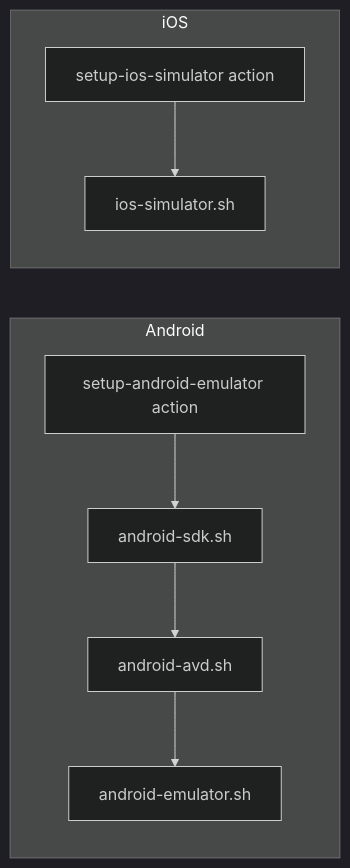
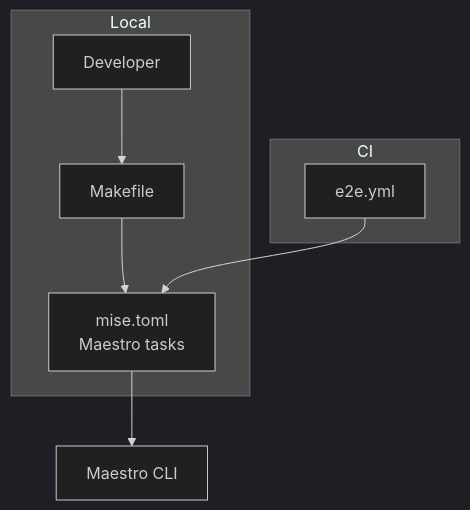
The second of 6 diagrams in docs/ARCHITECTURE.md (gkzz/maestro-playground), drawn with Mermaid (dark theme) before and after one commit. The commit also changed other lines of this file and 4 other files, not shown here.

Commit message:
docs: document local setup wrappers

````diff
--- a/docs/ARCHITECTURE.md
+++ b/docs/ARCHITECTURE.md
@@ -36,18 +53,18 @@
 ```mermaid
-flowchart LR
-  subgraph Android
-    androidAction[setup-android-emulator action]
-    androidSdk[android-sdk.sh]
-    androidAvd[android-avd.sh]
-    androidEmulator[android-emulator.sh]
+flowchart TB
+  mise[mise.toml<br/>Maestro tasks]
 
-    androidAction --> androidSdk --> androidAvd --> androidEmulator
+  subgraph Local
+    developer[Developer]
+    make[Makefile]
+
+    developer --> make --> mise
   end
 
-  subgraph iOS
-    iosAction[setup-ios-simulator action]
-    iosSimulator[ios-simulator.sh]
+  subgraph CI
+    workflow[e2e.yml]
+    workflow --> mise
+  end
 
-    iosAction --> iosSimulator
-  end
+  mise --> maestro[Maestro CLI]
 ```
````
